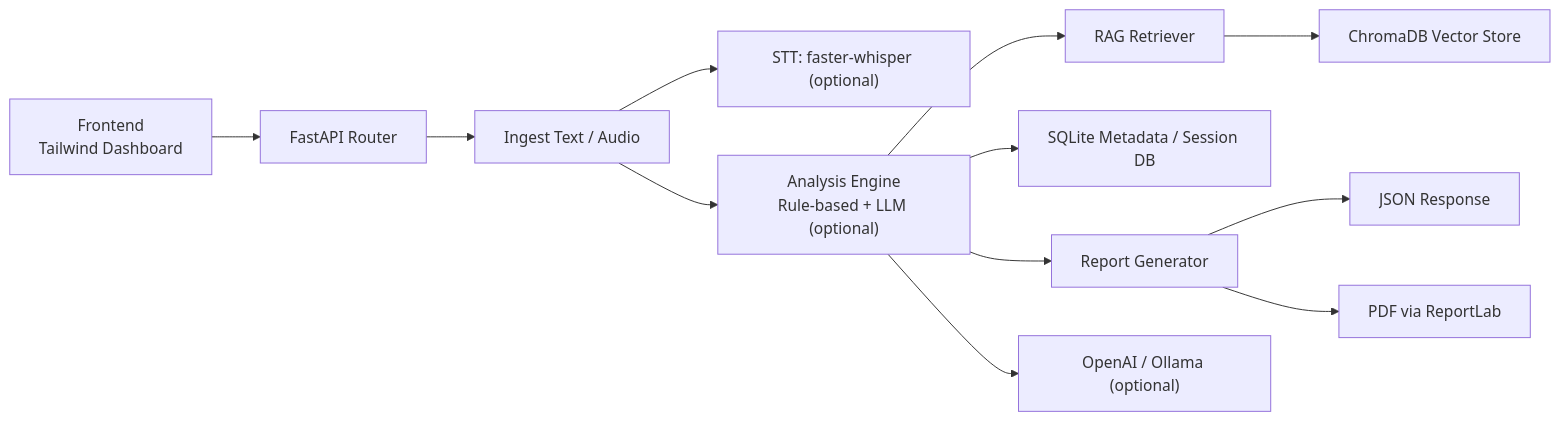
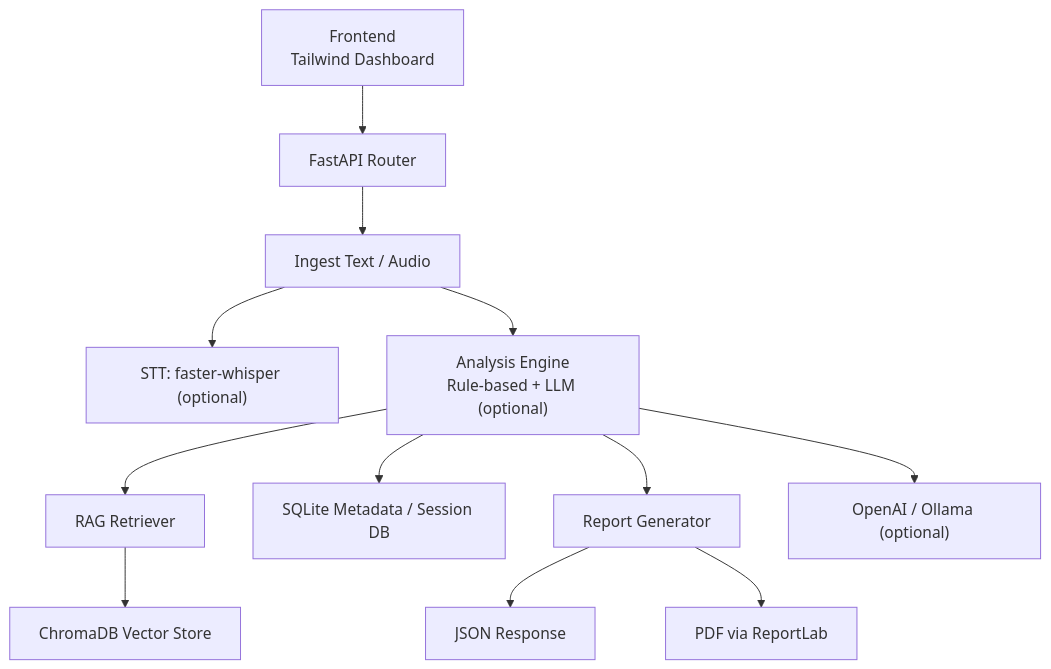
One commit to edumgt/AI-Faster-whisper_RAG_Vector changed the diagram in README.md. Above: the diagram before and after it, drawn with Mermaid. The commit also changed other lines of this file and 2 other files, not shown here.

````diff
--- a/README.md
+++ b/README.md
@@ -20,14 +20,9 @@
 ```mermaid
-flowchart LR
+flowchart TB
     A["Frontend\nTailwind Dashboard"] --> B["FastAPI Router"]
     B --> C["Ingest Text / Audio"]
-    C --> D["STT: faster-whisper (optional)"]
-    C --> E["Analysis Engine\nRule-based + LLM (optional)"]
-    E --> F["RAG Retriever"]
+    C --> D["STT: faster-whisper (optional)"] & E["Analysis Engine\nRule-based + LLM (optional)"]
+    E --> F["RAG Retriever"] & H["SQLite Metadata / Session DB"] & I["Report Generator"] & L["OpenAI / Ollama (optional)"]
     F --> G["ChromaDB Vector Store"]
-    E --> H["SQLite Metadata / Session DB"]
-    E --> I["Report Generator"]
-    I --> J["JSON Response"]
-    I --> K["PDF via ReportLab"]
-    E --> L["OpenAI / Ollama (optional)"]
+    I --> J["JSON Response"] & K["PDF via ReportLab"]
 ```
````
